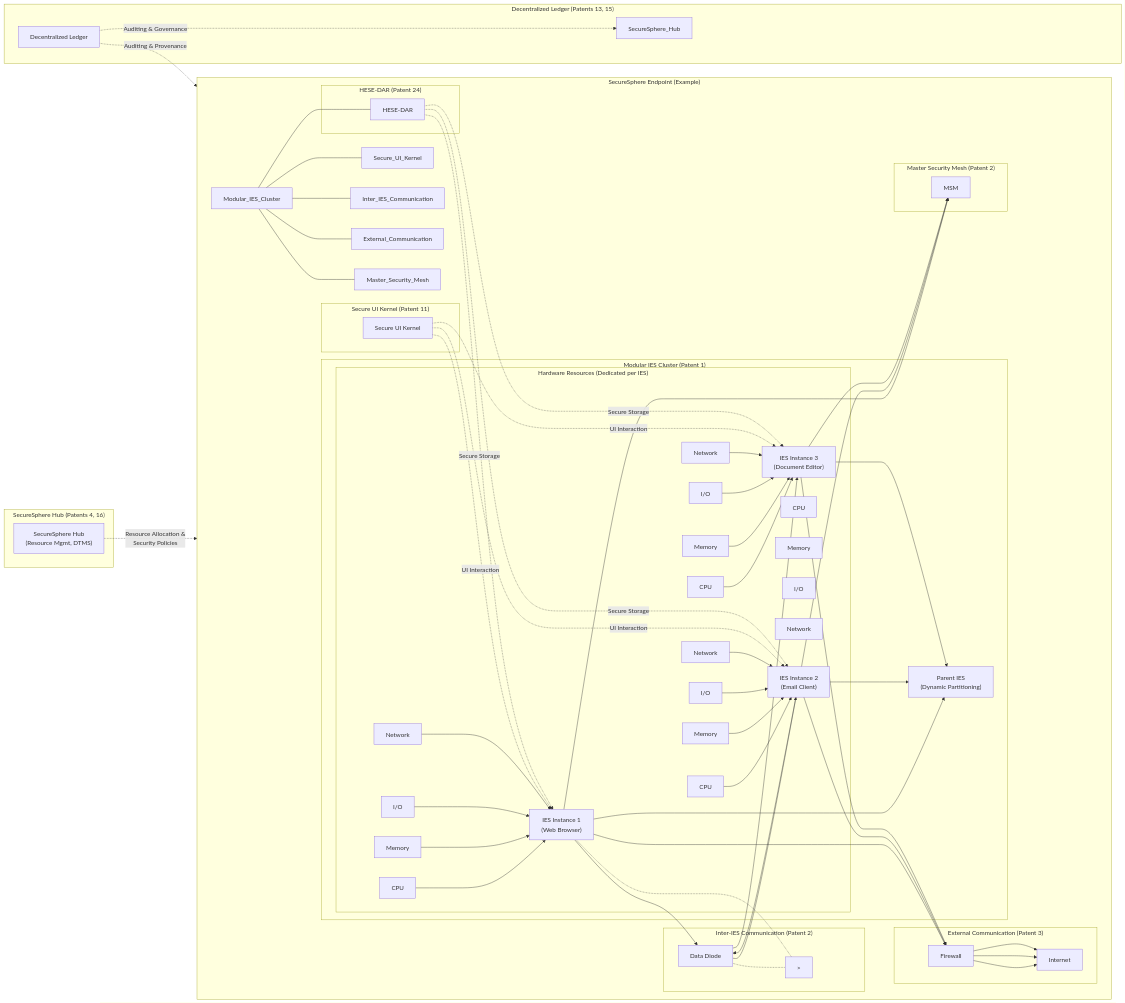
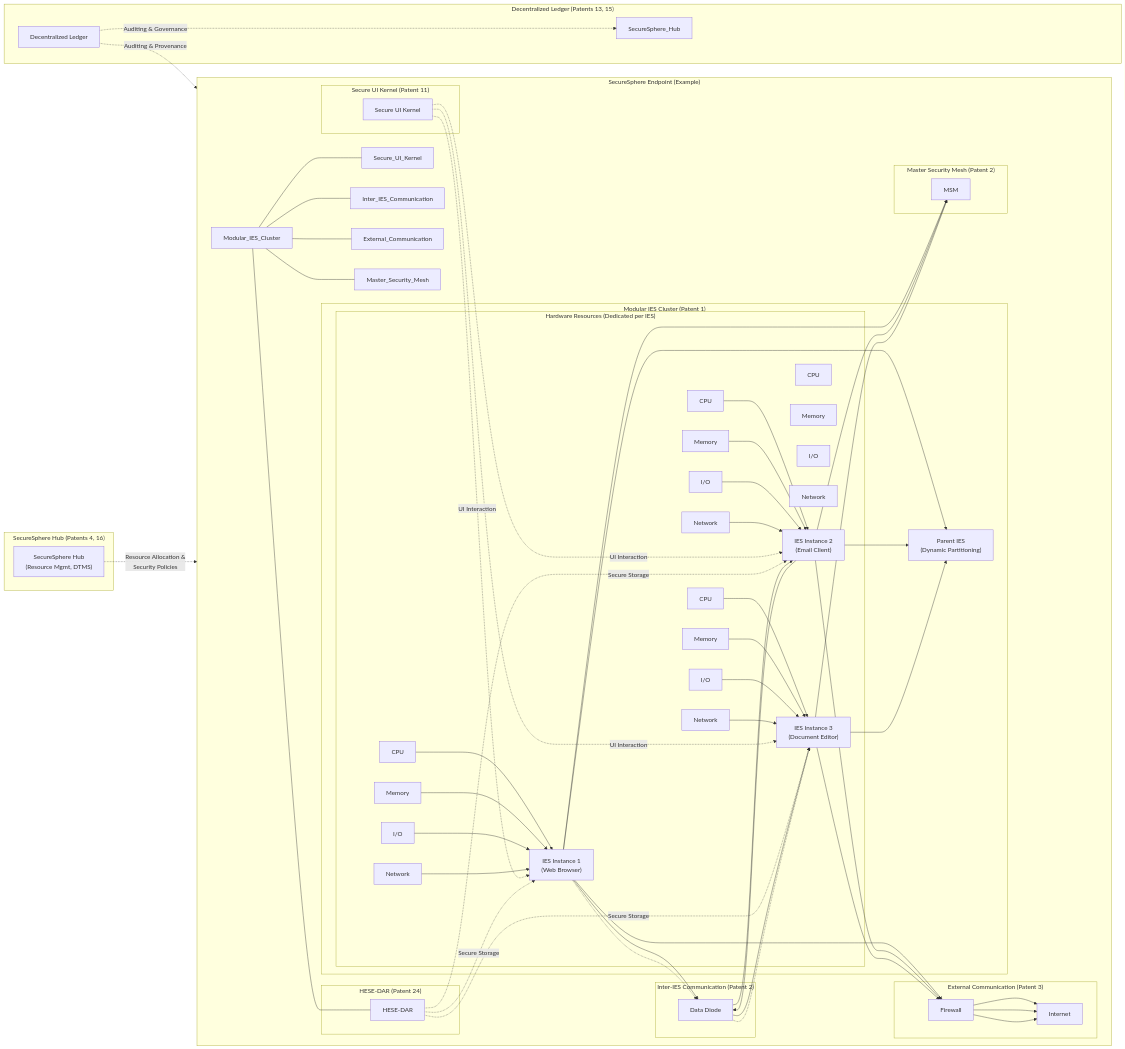
Before and after one commit to nshkrdotcom/ASKA: the fourth of 21 diagrams in 3.md, drawn with Mermaid. The commit also changed other lines of this file and 1 other file, not shown here.

```diff
--- a/3.md
+++ b/3.md
@@ -305,7 +305,7 @@
             Data_Diode["Data Diode"]
             IES_1 --> Data_Diode --> IES_2
             IES_2 --> Data_Diode --> IES_3
-            IES_1 -.-&gt; Data_Diode -.-&gt; IES_3
+            IES_1 -.-> Data_Diode -.-> IES_3
         end
 
 
```
